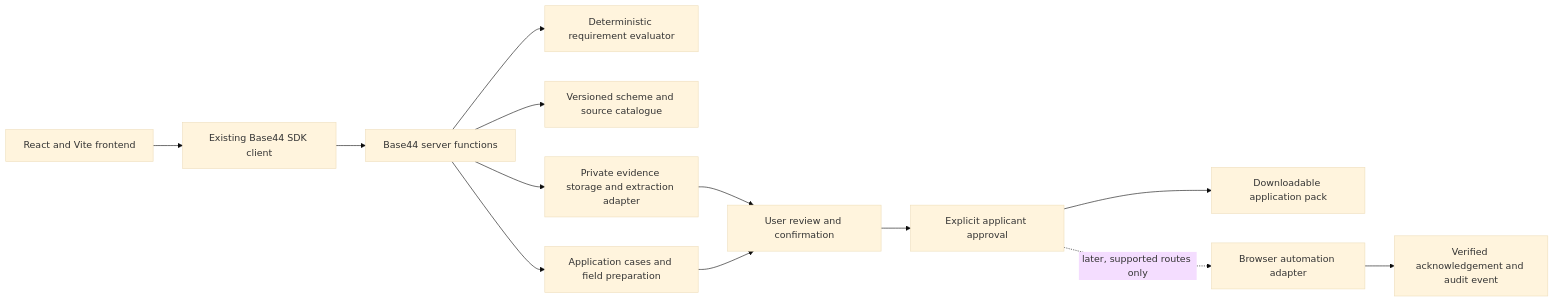
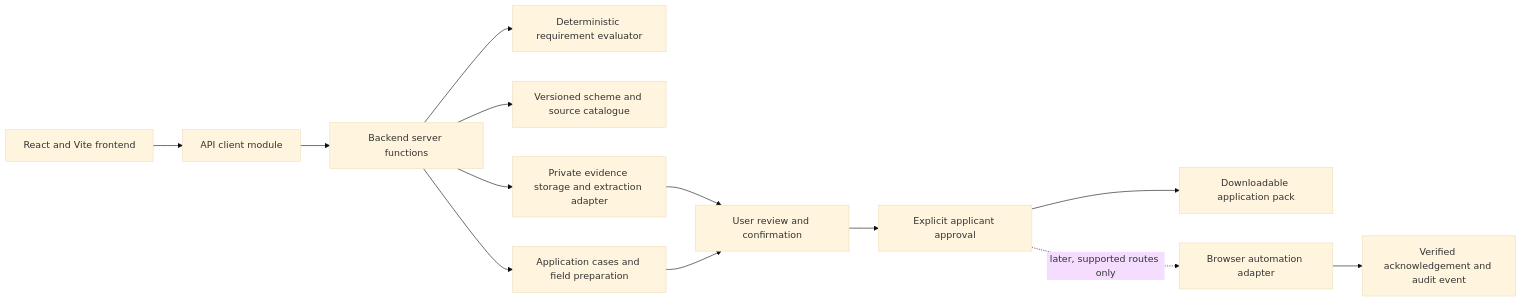
Before and after one commit to tanamsethi31/GrantGuide: the diagram in docs/BUILD_PLAN.md, drawn with Mermaid (base theme). The commit also changed other lines of this file, not shown here.

First line of the commit message:
docs: align build plan with the Base44 removal

````diff
--- a/docs/BUILD_PLAN.md
+++ b/docs/BUILD_PLAN.md
@@ -49,15 +49,15 @@
 ```mermaid
 flowchart LR
-  UI[React and Vite frontend] --> SDK[Existing Base44 SDK client]
-  SDK --> FN[Base44 server functions]
+  UI[React and Vite frontend] --> SDK[API client module]
+  SDK --> FN[Backend server functions]
   FN --> MATCH[Deterministic requirement evaluator]
   FN --> CATALOG[Versioned scheme and source catalogue]
   FN --> DOCS[Private evidence storage and extraction adapter]
   FN --> CASES[Application cases and field preparation]
   DOCS --> REVIEW[User review and confirmation]
   CASES --> REVIEW
   REVIEW --> APPROVAL[Explicit applicant approval]
   APPROVAL --> PACK[Downloadable application pack]
   APPROVAL -. later, supported routes only .-> BROWSER[Browser automation adapter]
   BROWSER --> ACK[Verified acknowledgement and audit event]
 ```
````
